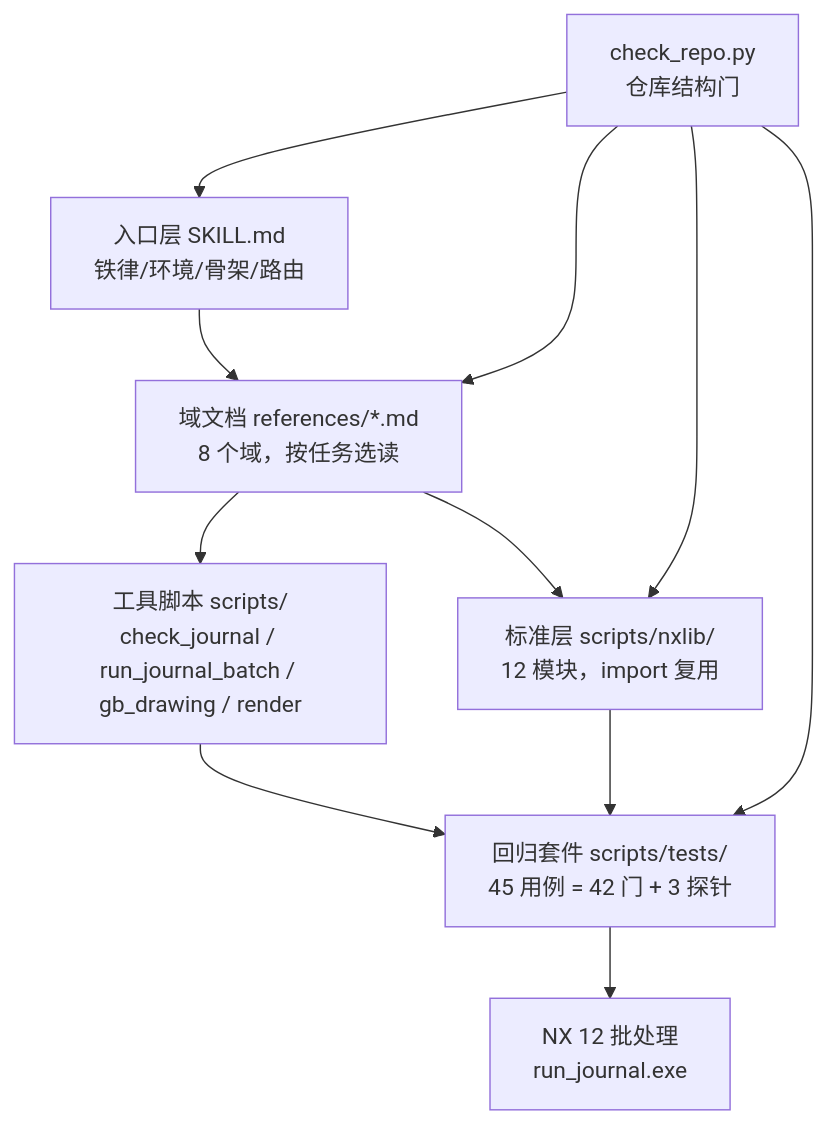
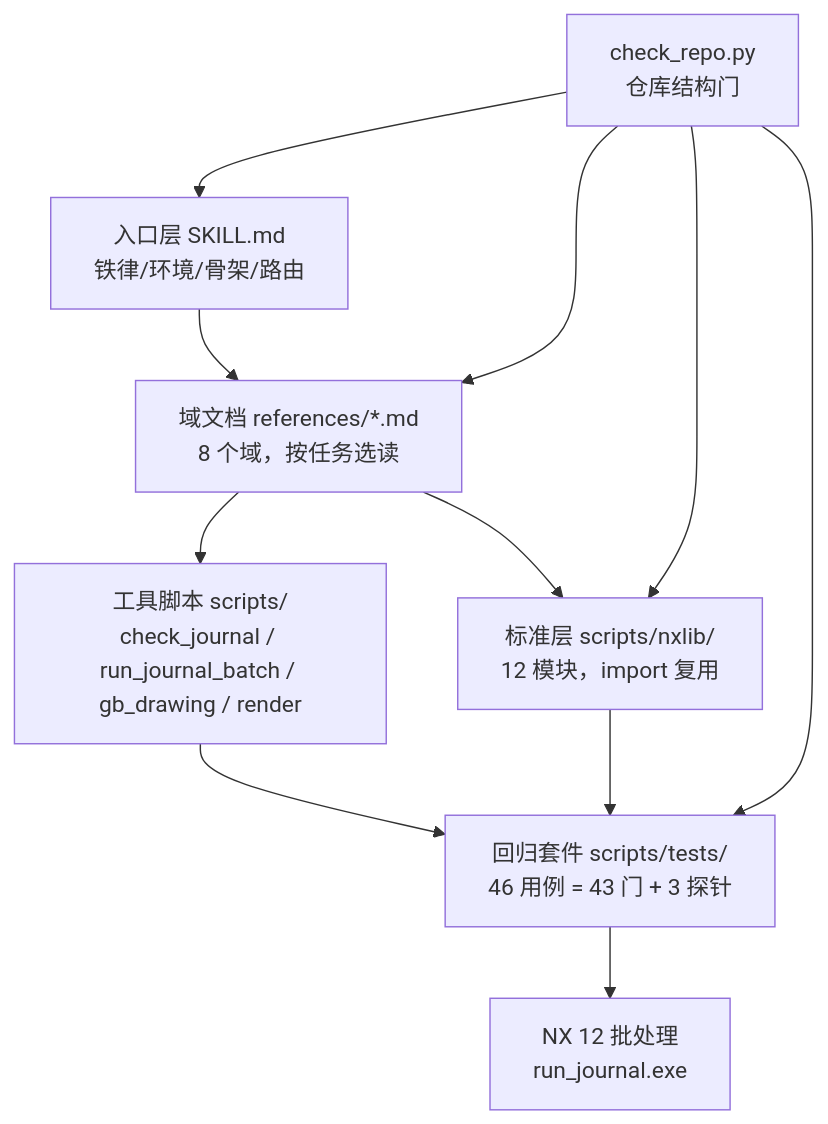
The diagram in docs/wiki/01-architecture.md (EVOL233awa/nxopen-journal), drawn with Mermaid before and after one commit. The commit also changed other lines of this file and 12 other files, not shown here.

````diff
--- a/docs/wiki/01-architecture.md
+++ b/docs/wiki/01-architecture.md
@@ -9,13 +9,13 @@
 ```mermaid
 graph TD
   A["入口层 SKILL.md<br>铁律/环境/骨架/路由"] --> B["域文档 references/*.md<br>8 个域，按任务选读"]
   B --> C["工具脚本 scripts/<br>check_journal / run_journal_batch / gb_drawing / render"]
   B --> D["标准层 scripts/nxlib/<br>12 模块，import 复用"]
-  C --> E["回归套件 scripts/tests/<br>45 用例 = 42 门 + 3 探针"]
+  C --> E["回归套件 scripts/tests/<br>46 用例 = 43 门 + 3 探针"]
   D --> E
   E --> F["NX 12 批处理<br>run_journal.exe"]
   G["check_repo.py<br>仓库结构门"] --> A
   G --> B
   G --> D
   G --> E
 ```
````
